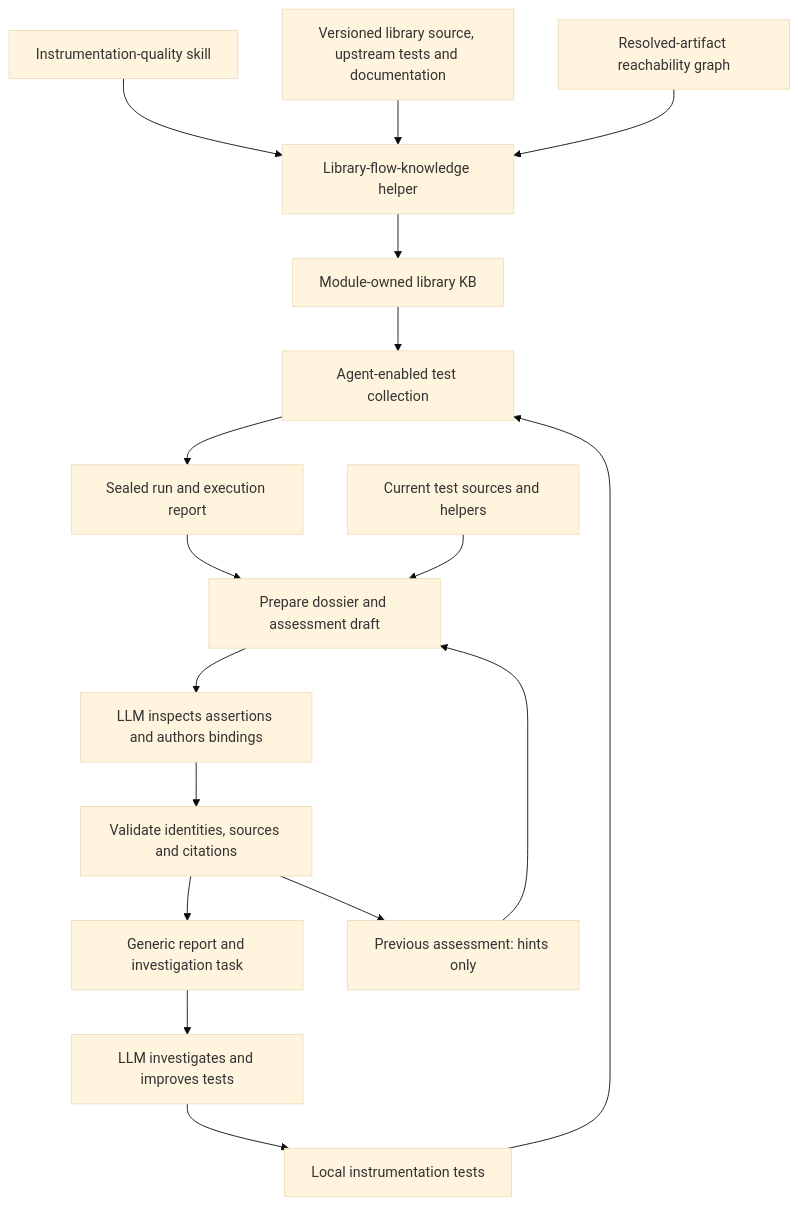
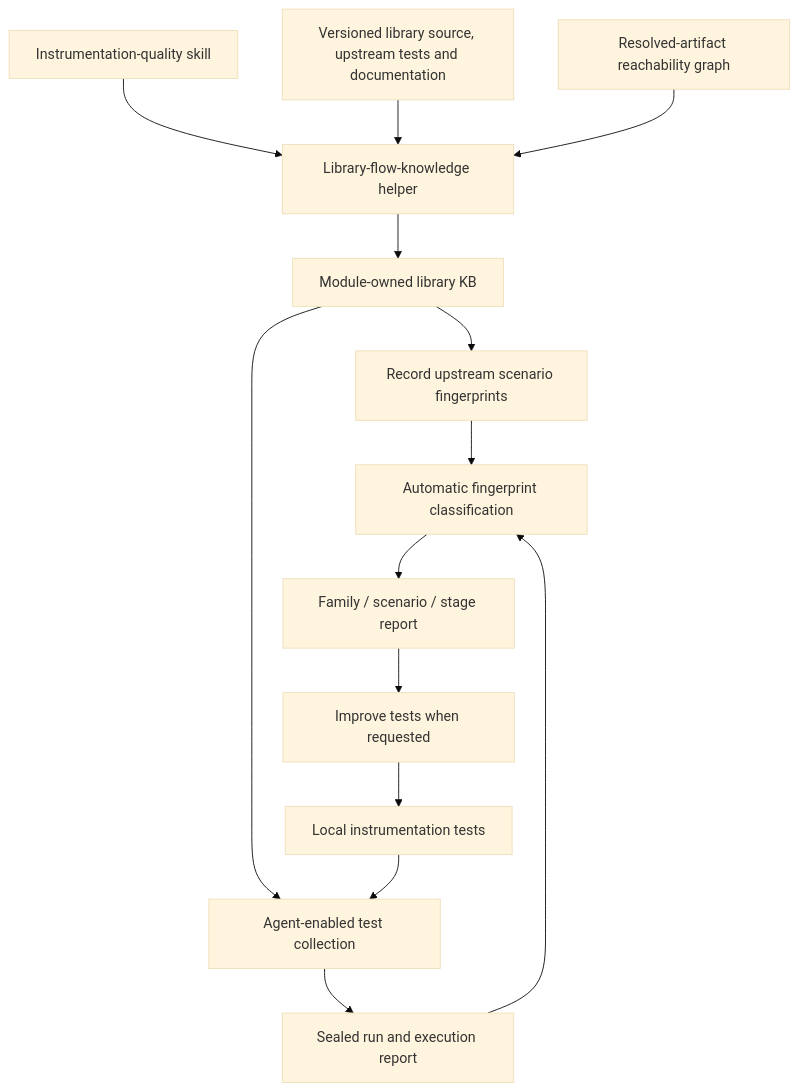
The diagram in tools/instrumentation-coverage/ARCHITECTURE.md (DataDog/dd-trace-java), drawn with Mermaid (base theme) before and after one commit. The commit also changed other lines of this file and 33 other files, not shown here.

````diff
--- a/tools/instrumentation-coverage/ARCHITECTURE.md
+++ b/tools/instrumentation-coverage/ARCHITECTURE.md
@@ -23,19 +27,16 @@
 ```mermaid
 flowchart TD
     S[Instrumentation-quality skill] --> K[Library-flow-knowledge helper]
     L[Versioned library source, upstream tests and documentation] --> K
     G[Resolved-artifact reachability graph] --> K
     K --> KB[Module-owned library KB]
+    KB --> U[Record upstream scenario fingerprints]
     KB --> C[Agent-enabled test collection]
     T[Local instrumentation tests] --> C
     C --> R[Sealed run and execution report]
-    R --> P[Prepare dossier and assessment draft]
-    TS[Current test sources and helpers] --> P
-    OLD[Previous assessment: hints only] --> P
-    P --> A[LLM inspects assertions and authors bindings]
-    A --> V[Validate identities, sources and citations]
-    V --> UI[Generic report and investigation task]
-    UI --> I[LLM investigates and improves tests]
+    R --> M[Automatic fingerprint classification]
+    U --> M
+    M --> UI[Family / scenario / stage report]
+    UI --> I[Improve tests when requested]
     I --> T
-    V --> OLD
 ```
````
